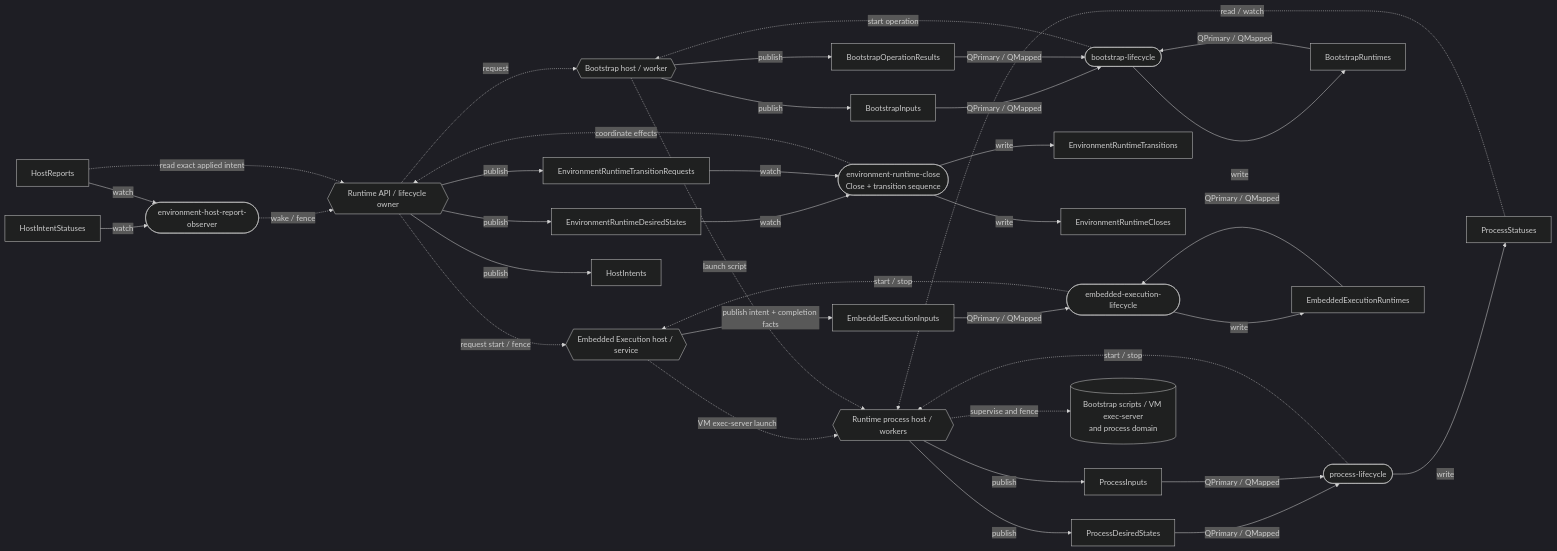
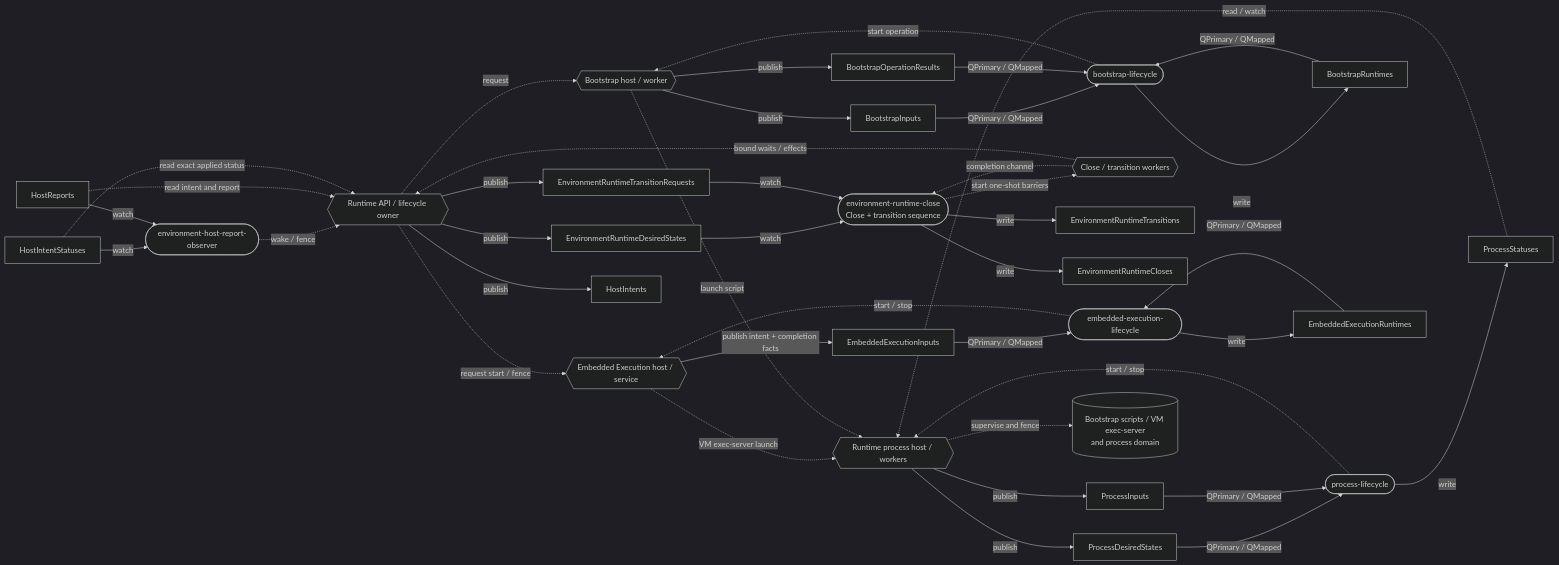
One commit to agentydragon/ducktape changed the first of 7 diagrams in agentplane/env/runtime/docs/cosi.md. Above: the diagram before and after it, drawn with Mermaid (dark theme). The commit also changed other lines of this file and 2 other files, not shown here.

````diff
--- a/agentplane/env/runtime/docs/cosi.md
+++ b/agentplane/env/runtime/docs/cosi.md
@@ -18,54 +18,58 @@
 ```mermaid
 flowchart LR
   API{{"Runtime API / lifecycle owner"}}
   BH{{"Bootstrap host / worker"}}
   PH{{"Runtime process host / workers"}}
   RC(["environment-runtime-close<br/>Close + transition sequence"])
   HO(["environment-host-report-observer"])
   BC(["bootstrap-lifecycle"])
   PC(["process-lifecycle"])
   EC(["embedded-execution-lifecycle"])
   EH{{"Embedded Execution host / service"}}
+  CW{{"Close / transition workers"}}
   ED["EnvironmentRuntimeDesiredStates"]
   TR["EnvironmentRuntimeTransitionRequests"]
   TS["EnvironmentRuntimeTransitions"]
   CL["EnvironmentRuntimeCloses"]
   I["HostIntents"]
   IS["HostIntentStatuses"]
   R["HostReports"]
   BI["BootstrapInputs"]
   BO["BootstrapOperationResults"]
   BR["BootstrapRuntimes"]
   PD["ProcessDesiredStates"]
   PI["ProcessInputs"]
   PS["ProcessStatuses"]
   EI["EmbeddedExecutionInputs"]
   ER["EmbeddedExecutionRuntimes"]
   Native[("Bootstrap scripts / VM exec-server<br/>and process domain")]
 
   API -->|publish| ED & TR & I
   ED & TR -->|watch| RC
   RC -->|write| CL & TS
-  RC -.->|coordinate effects| API
+  RC -.->|start one-shot barriers| CW
+  CW -.->|completion channel| RC
+  CW -.->|bound waits / effects| API
   API -.->|request start / fence| EH
   EH -->|publish intent + completion facts| EI
   EI & ER -->|QPrimary / QMapped| EC
   EC -->|write| ER
   EC -.->|start / stop| EH
   EH -.->|VM exec-server launch| PH
   IS & R -->|watch| HO
   HO -.->|wake / fence| API
-  R -.->|read exact applied intent| API
+  R -.->|read intent and report| API
+  IS -.->|read exact applied status| API
   API -.->|request| BH
   BH -->|publish| BI & BO
   BI & BO & BR -->|QPrimary / QMapped| BC
   BC -->|write| BR
   BC -.->|start operation| BH
   BH -.->|launch script| PH
   PH -->|publish| PD & PI
   PD & PI -->|QPrimary / QMapped| PC
   PC -->|write| PS
   PC -.->|start / stop| PH
   PH -.->|supervise and fence| Native
   PS -.->|read / watch| PH
 ```
````
